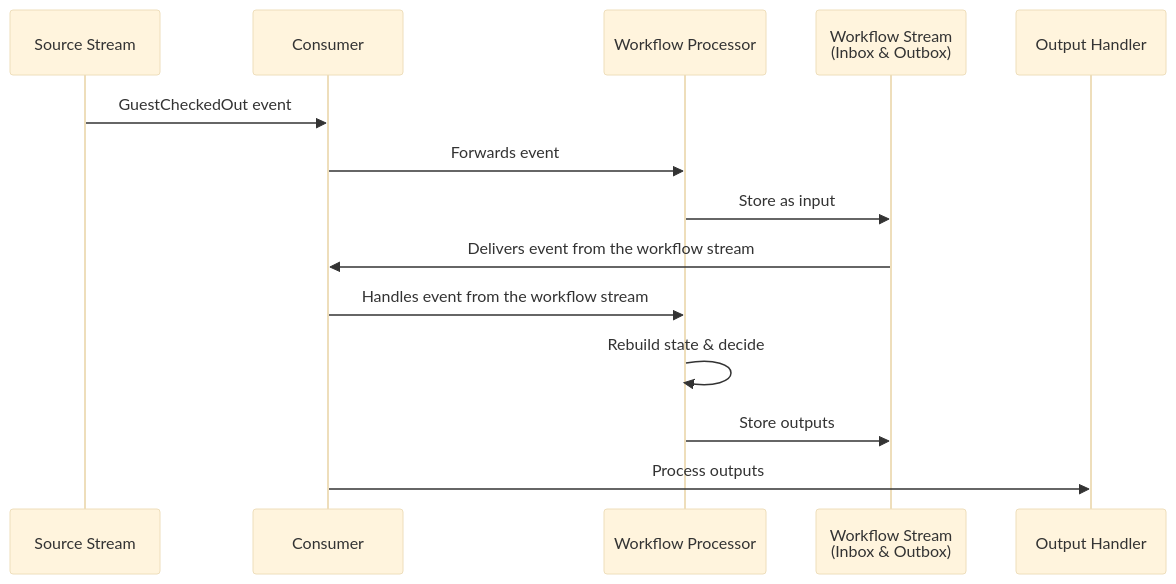
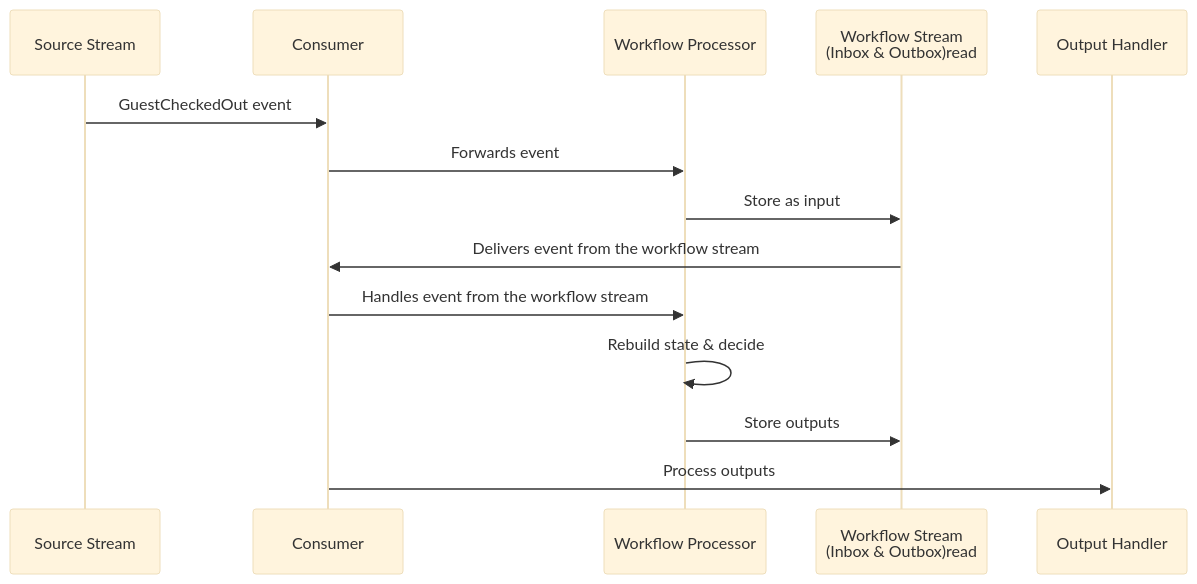
Before and after one commit to drakon660/workflow: the first of 2 diagrams in rfc.md, drawn with Mermaid (base theme). The commit also changed 5 other files, not shown here.

````diff
--- a/rfc.md
+++ b/rfc.md
@@ -142,17 +142,17 @@
 ```mermaid
 sequenceDiagram
  participant Source as Source Stream
  participant Consumer
  participant Processor as Workflow Processor
- participant WStream as Workflow Stream<br/>(Inbox & Outbox)
+ participant WStream as Workflow Stream<br/>(Inbox & Outbox)read
  participant Output as Output Handler
 
  Source->>Consumer: GuestCheckedOut event
  Consumer->>Processor: Forwards event
  Processor->>WStream: Store as input
  WStream->>Consumer: Delivers event from the workflow stream
  Consumer->>Processor: Handles event from the workflow stream
  Processor->>Processor: Rebuild state & decide
  Processor->>WStream: Store outputs
  Consumer->>Output: Process outputs
 ```
````
